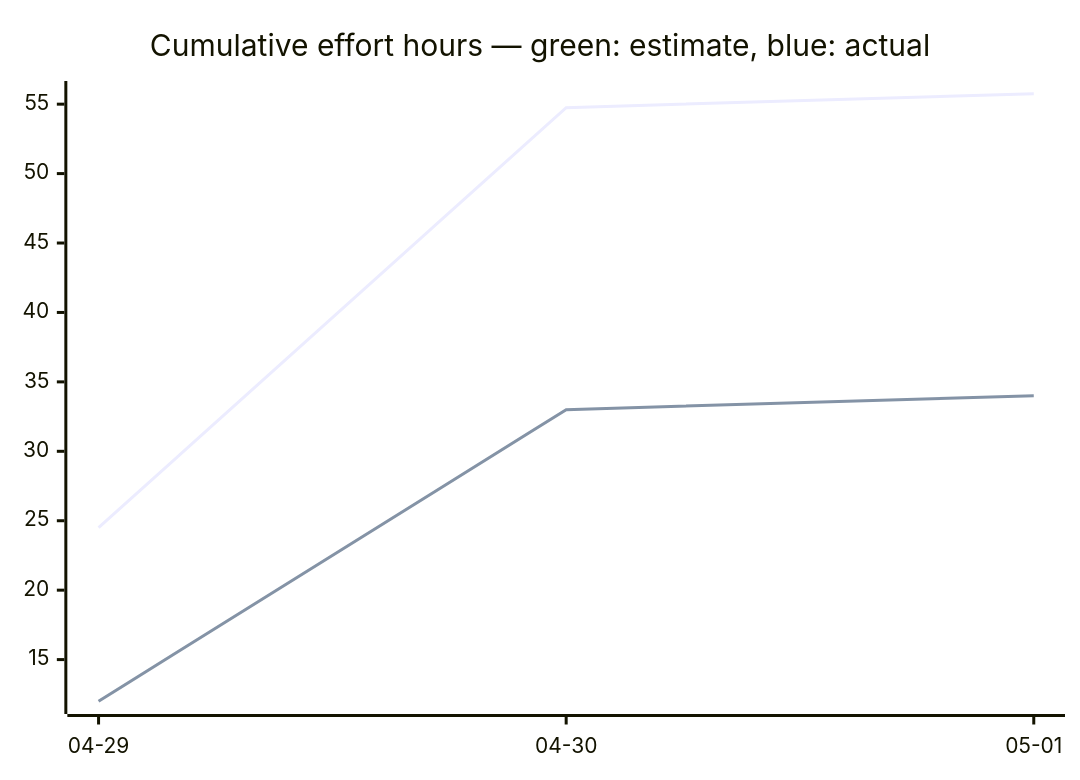
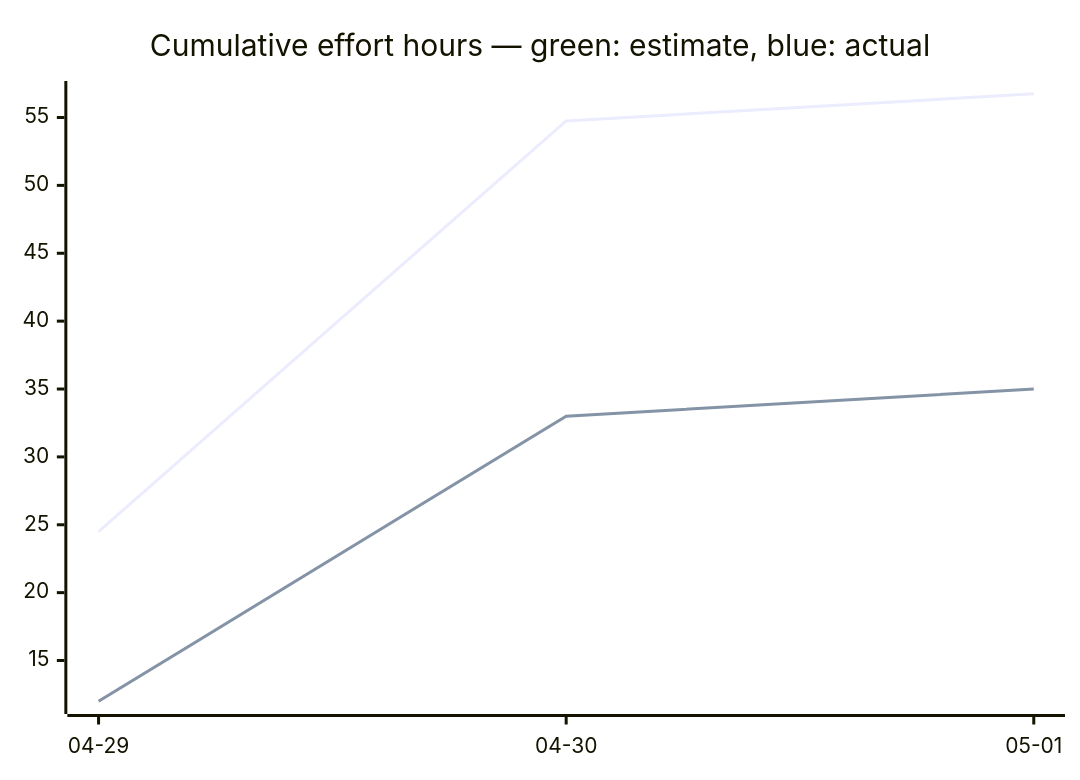
The third of 3 diagrams in docs/developers/tasks/OVERVIEW.md (tgd1975/AwesomeStudioPedal), drawn with Mermaid before and after one commit. The commit also changed other lines of this file and 1 other file, not shown here.

Commit message:
cleanup: stage orphan deletion of idea-037 from ideas/open/
The archive side of IDEA-037 (move to docs/developers/ideas/archived/)
landed in dc8f27b but the source-side deletion of the open/ copy was
discarded — pre-TASK-347 pathspec form named only the destination.
The companion EPIC-023 already supersedes the idea; this commit
reconciles the index.

````diff
--- a/docs/developers/tasks/OVERVIEW.md
+++ b/docs/developers/tasks/OVERVIEW.md
@@ -38,7 +38,7 @@
 ```mermaid
 xychart-beta
     title "Cumulative effort hours — green: estimate, blue: actual"
     x-axis ["04-29", "04-30", "05-01"]
-    line [24.5, 54.75, 55.75]
-    line [12, 33, 34]
+    line [24.5, 54.75, 56.75]
+    line [12, 33, 35]
 ```
````
